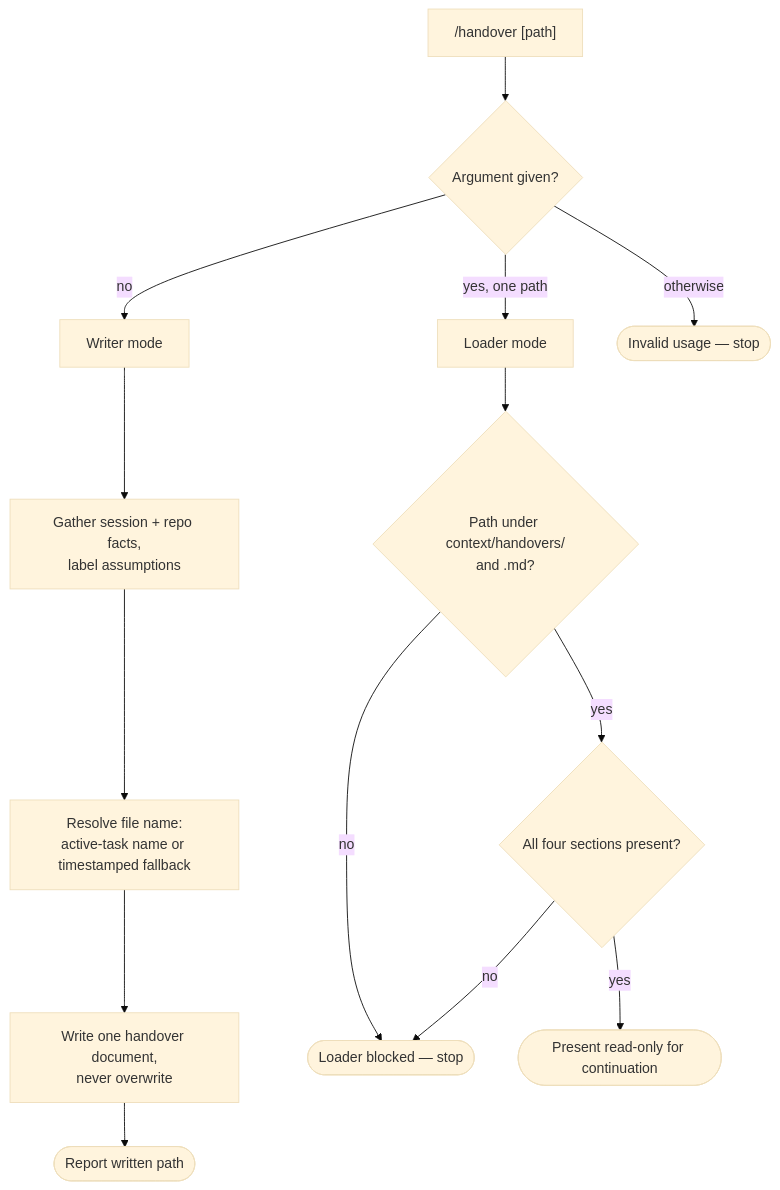
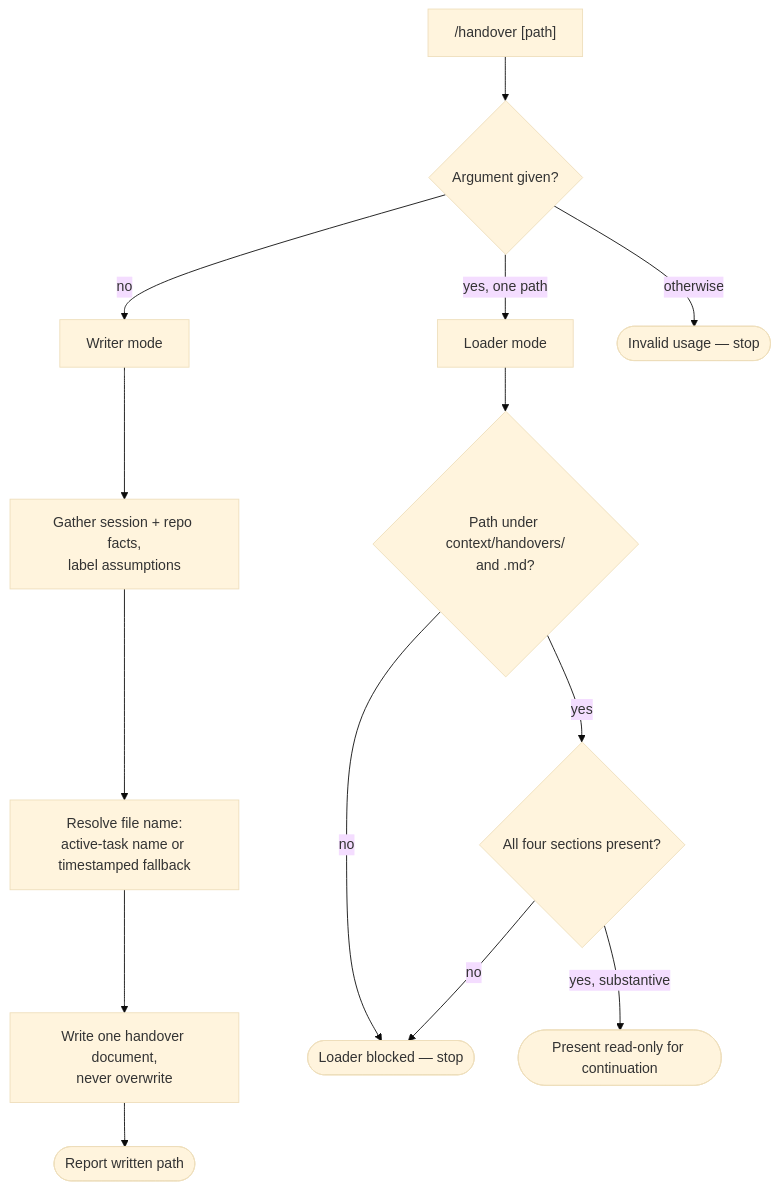
One commit to crocoder-dev/shared-context-engineering changed the diagram in context/sce/handover-workflow.md. Above: the diagram before and after it, drawn with Mermaid (base theme). The commit also changed other lines of this file and 9 other files, not shown here.

````diff
--- a/context/sce/handover-workflow.md
+++ b/context/sce/handover-workflow.md
@@ -41,18 +42,18 @@
 ```mermaid
 flowchart TD
     A["/handover [path]"] --> B{Argument given?}
     B -- no --> C[Writer mode]
     B -- yes, one path --> D[Loader mode]
     B -- otherwise --> E([Invalid usage — stop])
 
     C --> C1[Gather session + repo facts,<br/>label assumptions]
     C1 --> C2[Resolve file name:<br/>active-task name or timestamped fallback]
     C2 --> C3[Write one handover document,<br/>never overwrite]
     C3 --> C4([Report written path])
 
     D --> D1{Path under context/handovers/<br/>and .md?}
     D1 -- no --> D2([Loader blocked — stop])
     D1 -- yes --> D3{All four sections present?}
     D3 -- no --> D2
-    D3 -- yes --> D4([Present read-only for continuation])
+    D3 -- yes, substantive --> D4([Present read-only for continuation])
 ```
````
